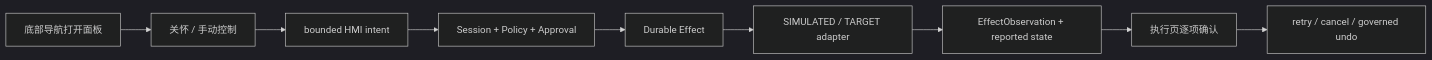
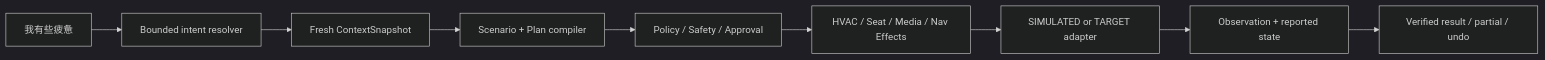
One commit to LucasWEIchen/CougarOS changed the diagram in docs/CENTRAL_BRAIN_COCKPIT_HMI_UX_DESIGN_MOCKUPS.md. Above: the diagram before and after it, drawn with Mermaid (dark theme). The commit also changed other lines of this file and 27 other files, not shown here.

First line of the commit message:
docs(hmi): make cockpit UX intent-driven

````diff
--- a/docs/CENTRAL_BRAIN_COCKPIT_HMI_UX_DESIGN_MOCKUPS.md
+++ b/docs/CENTRAL_BRAIN_COCKPIT_HMI_UX_DESIGN_MOCKUPS.md
@@ -139,11 +138,11 @@
 ```mermaid
 flowchart LR
-    Entry["底部导航打开面板"] --> Care["关怀 / 手动控制"]
-    Care --> Intent["bounded HMI intent"]
-    Intent --> Session["Session + Policy + Approval"]
-    Session --> Effect["Durable Effect"]
-    Effect --> Adapter["SIMULATED / TARGET adapter"]
-    Adapter --> Readback["EffectObservation + reported state"]
-    Readback --> Execute["执行页逐项确认"]
-    Execute --> Undo["retry / cancel / governed undo"]
+    Phrase["我有些疲惫"] --> Intent["Bounded intent resolver"]
+    Intent --> Context["Fresh ContextSnapshot"]
+    Context --> Plan["Scenario + Plan compiler"]
+    Plan --> Policy["Policy / Safety / Approval"]
+    Policy --> Effects["HVAC / Seat / Media / Nav Effects"]
+    Effects --> Adapter["SIMULATED or TARGET adapter"]
+    Adapter --> Readback["Observation + reported state"]
+    Readback --> Result["Verified result / partial / undo"]
 ```
````
